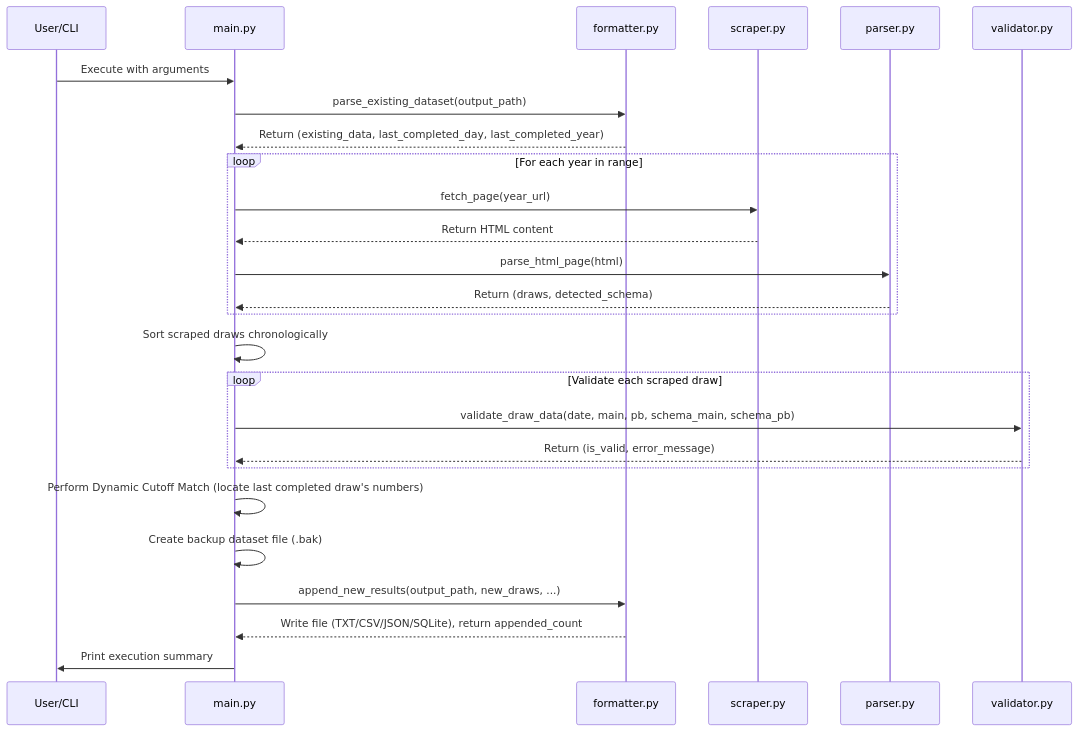
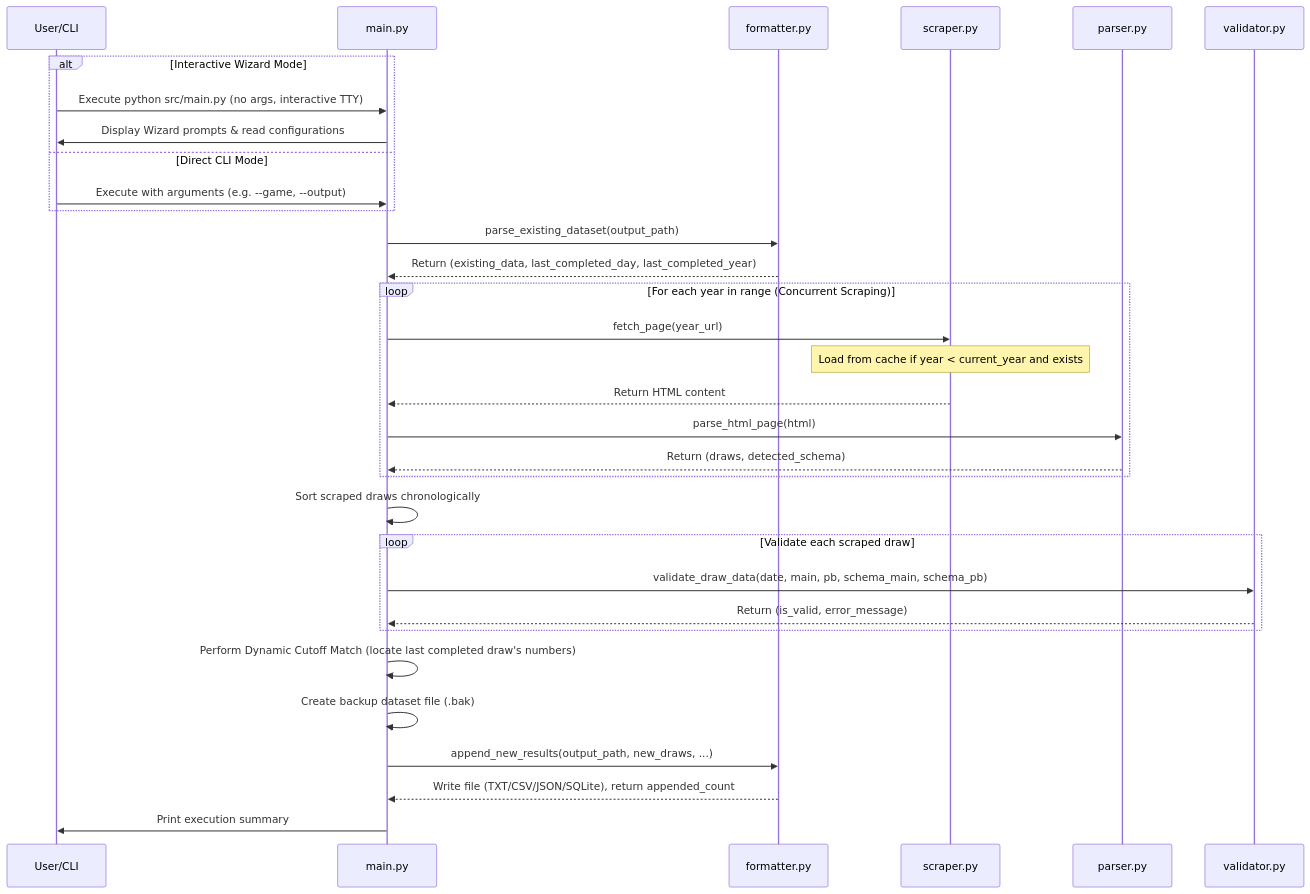
One commit to ENM032/ArchStractor changed the diagram in docs/developer_guide.md. Above: the diagram before and after it, drawn with Mermaid. The commit also changed other lines of this file and 6 other files, not shown here.

Commit message:
Implement CLI wizard, Docker containerization, and GitHub Actions CI dataset validation

````diff
--- a/docs/developer_guide.md
+++ b/docs/developer_guide.md
@@ -11,34 +11,41 @@
 ```mermaid
 sequenceDiagram
     participant User/CLI
     participant Main as main.py
     participant Formatter as formatter.py
     participant Scraper as scraper.py
     participant Parser as parser.py
     participant Validator as validator.py
 
-    User/CLI->>Main: Execute with arguments
+    alt Interactive Wizard Mode
+        User/CLI->>Main: Execute python src/main.py (no args, interactive TTY)
+        Main->>User/CLI: Display Wizard prompts & read configurations
+    else Direct CLI Mode
+        User/CLI->>Main: Execute with arguments (e.g. --game, --output)
+    end
+
     Main->>Formatter: parse_existing_dataset(output_path)
     Formatter-->>Main: Return (existing_data, last_completed_day, last_completed_year)
     
-    loop For each year in range
+    loop For each year in range (Concurrent Scraping)
         Main->>Scraper: fetch_page(year_url)
+        Note over Scraper: Load from cache if year < current_year and exists
         Scraper-->>Main: Return HTML content
         Main->>Parser: parse_html_page(html)
         Parser-->>Main: Return (draws, detected_schema)
     end
     
     Main->>Main: Sort scraped draws chronologically
     
     loop Validate each scraped draw
         Main->>Validator: validate_draw_data(date, main, pb, schema_main, schema_pb)
         Validator-->>Main: Return (is_valid, error_message)
     end
     
     Main->>Main: Perform Dynamic Cutoff Match (locate last completed draw's numbers)
     Main->>Main: Create backup dataset file (.bak)
     
     Main->>Formatter: append_new_results(output_path, new_draws, ...)
     Formatter-->>Main: Write file (TXT/CSV/JSON/SQLite), return appended_count
     Main->>User/CLI: Print execution summary
 ```
````
